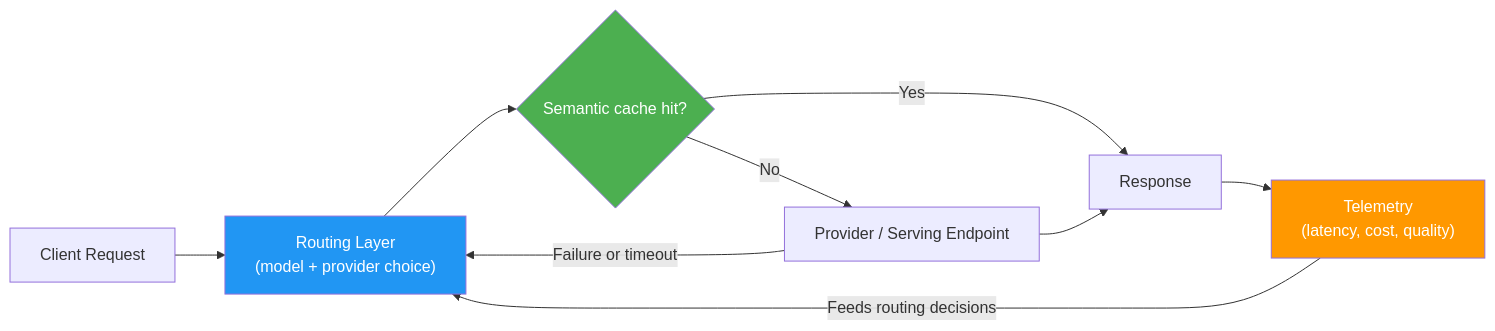
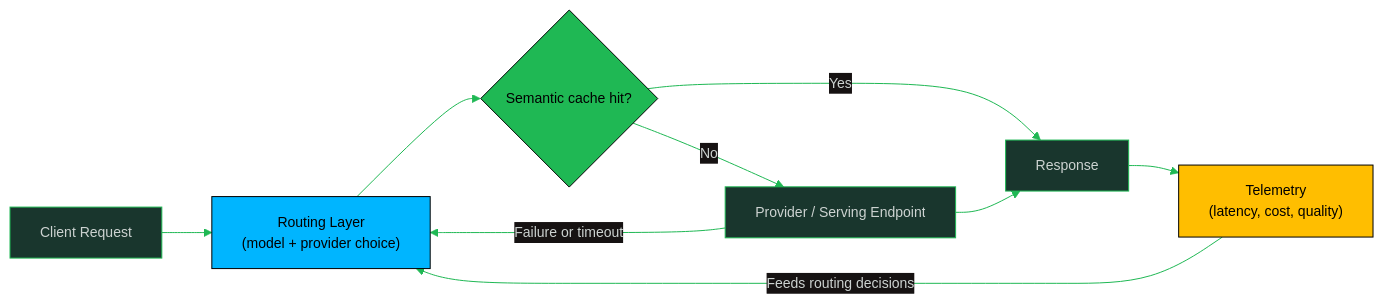
The diagram in career-path/18_Applied_AI_Engineer/05_Model_and_Inference_Operations/00_overview.md (oat431/swe-knowledge), drawn with Mermaid before and after one commit. The commit also changed other lines of this file and 893 other files, not shown here.

````diff
--- a/career-path/18_Applied_AI_Engineer/05_Model_and_Inference_Operations/00_overview.md
+++ b/career-path/18_Applied_AI_Engineer/05_Model_and_Inference_Operations/00_overview.md
@@ -39,15 +39,16 @@
 ```mermaid
+%%{init: {'theme':'base','themeVariables':{'primaryColor':'#19362D','primaryTextColor':'#CDD3D1','primaryBorderColor':'#1FB854','lineColor':'#1FB854','background':'#1B1717','mainBkg':'#19362D','clusterBkg':'#161212','edgeLabelBackground':'#161212','titleColor':'#1FB854','fontSize':'14px'}}}%%
 flowchart LR
     REQ["Client Request"] --> ROUTE["Routing Layer<br/>(model + provider choice)"]
     ROUTE --> CACHE{"Semantic cache hit?"}
     CACHE -->|Yes| RESP["Response"]
     CACHE -->|No| PROV["Provider / Serving Endpoint"]
     PROV -->|Failure or timeout| ROUTE
     PROV --> RESP
     RESP --> TELE["Telemetry<br/>(latency, cost, quality)"]
     TELE -->|Feeds routing decisions| ROUTE
 
-    style CACHE fill:#4CAF50,color:#fff
-    style ROUTE fill:#2196F3,color:#fff
-    style TELE fill:#FF9800,color:#fff
+    style CACHE fill:#1FB854,stroke:#000000,color:#000000
+    style ROUTE fill:#00B5FF,stroke:#000000,color:#000000
+    style TELE fill:#FFBE00,stroke:#000000,color:#000000
 ```
````
